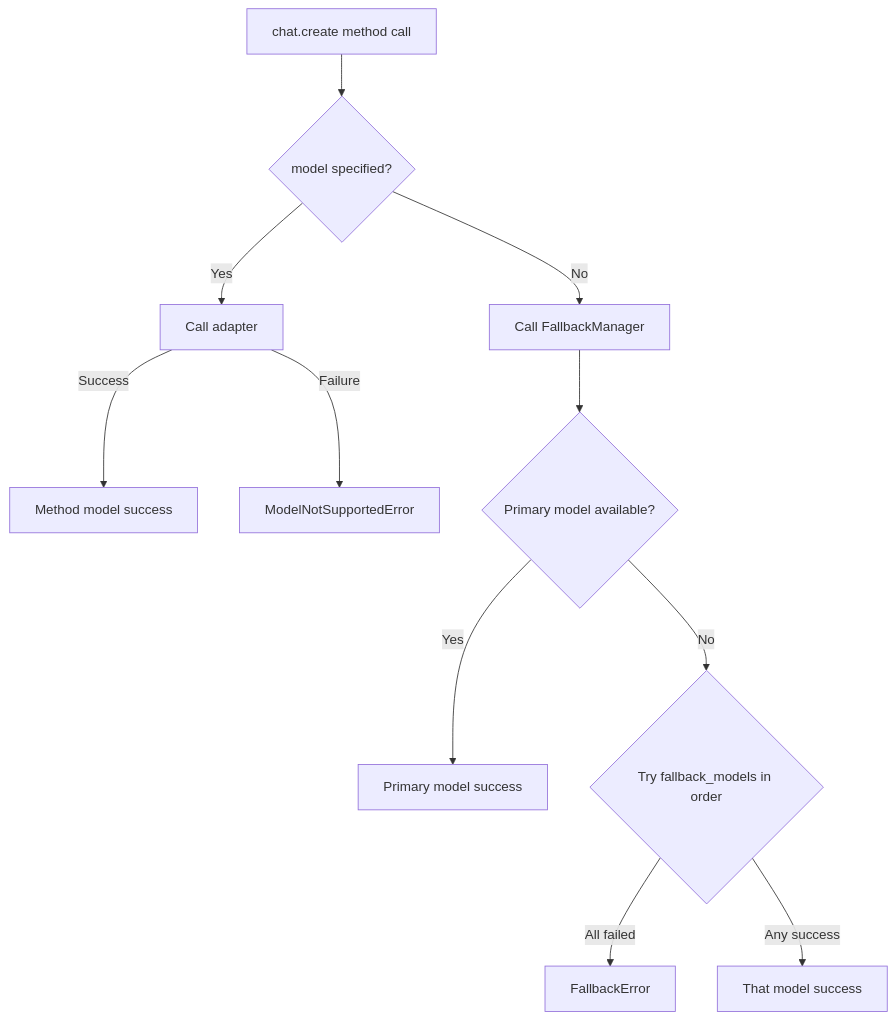
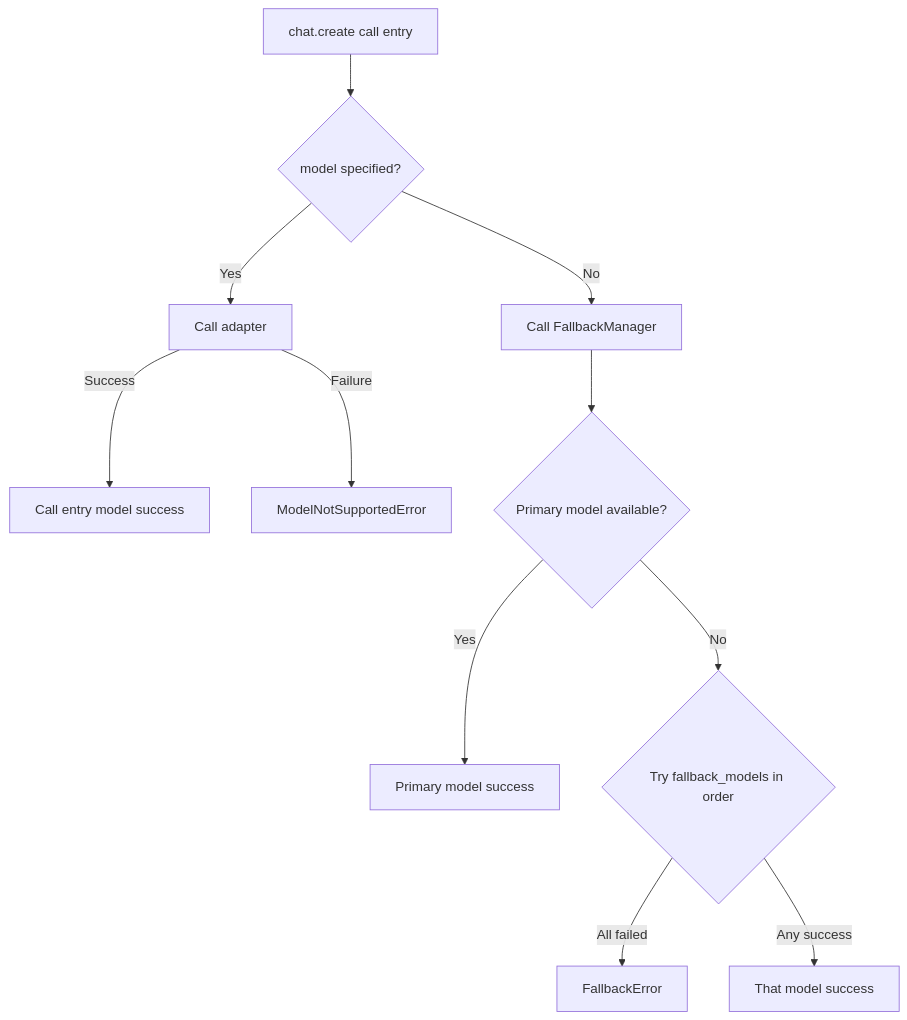
The diagram in README_en.md (kanchengw/cnllm), drawn with Mermaid before and after one commit. The commit also changed other lines of this file and 62 other files, not shown here.

````diff
--- a/README_en.md
+++ b/README_en.md
@@ -648,13 +784,13 @@
 ```mermaid
 flowchart TD
-    A[chat.create method call] --> B{model specified?}
+    A[chat.create call entry] --> B{model specified?}
     B -->|Yes| C[Call adapter]
-    C -->|Success| J[Method model success]
+    C -->|Success| J[Call entry model success]
     C -->|Failure| K[ModelNotSupportedError]
     B -->|No| D[Call FallbackManager]
     D --> E{Primary model available?}
     E -->|Yes| F[Primary model success]
     E -->|No| G{Try fallback_models in order}
     G -->|All failed| H[FallbackError]
     G -->|Any success| I[That model success]
 ```
````
